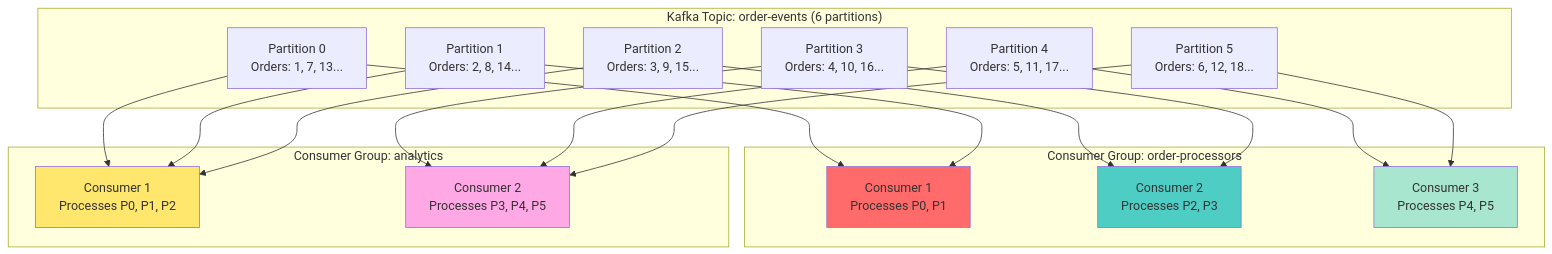
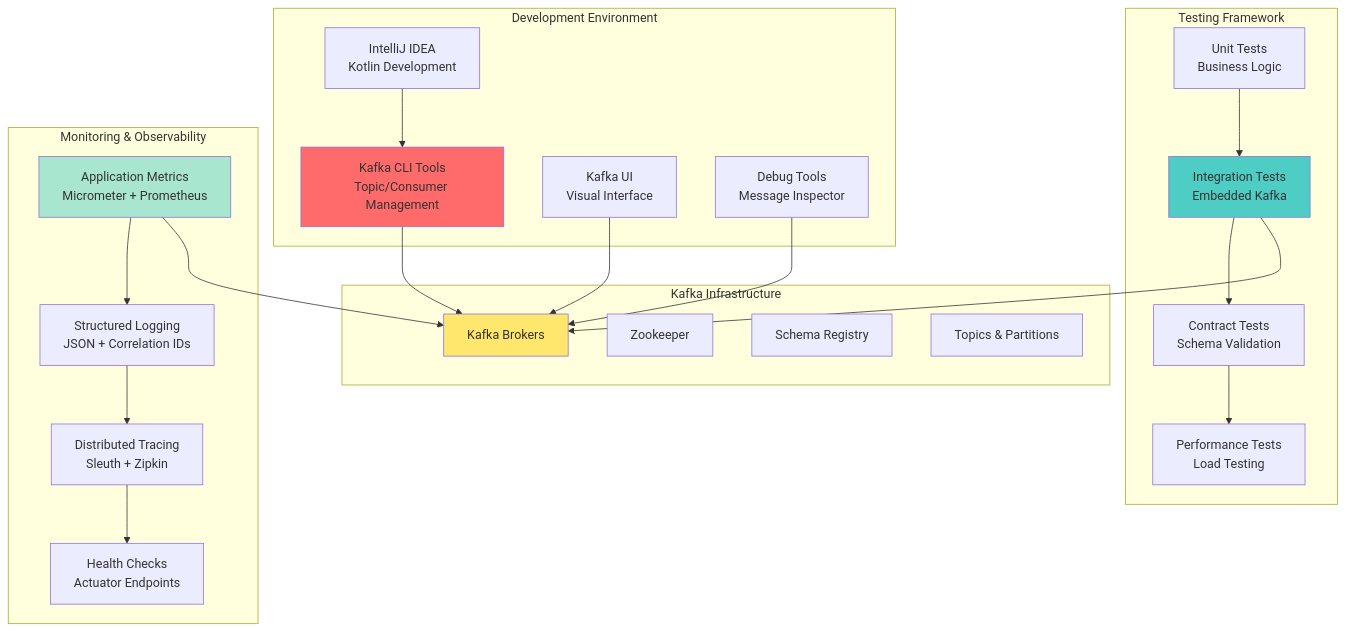
The first of 5 diagrams in class/workshop/lesson_7/README.md (vorrawut/KafkaStarter), drawn with Mermaid before and after one commit. The commit also changed other lines of this file and 204 other files, not shown here.

````diff
--- a/class/workshop/lesson_7/README.md
+++ b/class/workshop/lesson_7/README.md
@@ -24,42 +24,51 @@
 ```mermaid
 graph TB
-    subgraph "Kafka Topic: order-events (6 partitions)"
-        P0[Partition 0<br/>Orders: 1, 7, 13...]
-        P1[Partition 1<br/>Orders: 2, 8, 14...]
-        P2[Partition 2<br/>Orders: 3, 9, 15...]
-        P3[Partition 3<br/>Orders: 4, 10, 16...]
-        P4[Partition 4<br/>Orders: 5, 11, 17...]
-        P5[Partition 5<br/>Orders: 6, 12, 18...]
+    subgraph "Development Environment"
+        IDE[IntelliJ IDEA<br/>Kotlin Development]
+        CLI[Kafka CLI Tools<br/>Topic/Consumer Management]
+        UI[Kafka UI<br/>Visual Interface]
+        DEBUG[Debug Tools<br/>Message Inspector]
     end
     
-    subgraph "Consumer Group: order-processors"
-        C1[Consumer 1<br/>Processes P0, P1]
-        C2[Consumer 2<br/>Processes P2, P3]
-        C3[Consumer 3<br/>Processes P4, P5]
+    subgraph "Testing Framework"
+        UNIT[Unit Tests<br/>Business Logic]
+        INTEGRATION[Integration Tests<br/>Embedded Kafka]
+        CONTRACT[Contract Tests<br/>Schema Validation]
+        PERFORMANCE[Performance Tests<br/>Load Testing]
     end
     
-    subgraph "Consumer Group: analytics"
-        A1[Consumer 1<br/>Processes P0, P1, P2]
-        A2[Consumer 2<br/>Processes P3, P4, P5]
+    subgraph "Monitoring & Observability"
+        METRICS[Application Metrics<br/>Micrometer + Prometheus]
+        LOGS[Structured Logging<br/>JSON + Correlation IDs]
+        TRACES[Distributed Tracing<br/>Sleuth + Zipkin]
+        HEALTH[Health Checks<br/>Actuator Endpoints]
     end
     
-    P0 --> C1
-    P1 --> C1
-    P2 --> C2
-    P3 --> C2
-    P4 --> C3
-    P5 --> C3
+    subgraph "Kafka Infrastructure"
+        BROKER[Kafka Brokers]
+        ZK[Zookeeper]
+        SR[Schema Registry]
+        TOPICS[Topics & Partitions]
+    end
     
-    P0 --> A1
-    P1 --> A1
-    P2 --> A1
-    P3 --> A2
-    P4 --> A2
-    P5 --> A2
+    IDE --> CLI
+    CLI --> BROKER
+    UI --> BROKER
+    DEBUG --> BROKER
     
-    style C1 fill:#ff6b6b
-    style C2 fill:#4ecdc4
-    style C3 fill:#a8e6cf
-    style A1 fill:#ffe66d
-    style A2 fill:#ffa8e6
+    UNIT --> INTEGRATION
+    INTEGRATION --> CONTRACT
+    CONTRACT --> PERFORMANCE
+    
+    METRICS --> LOGS
+    LOGS --> TRACES
+    TRACES --> HEALTH
+    
+    INTEGRATION --> BROKER
+    METRICS --> BROKER
+    
+    style CLI fill:#ff6b6b
+    style INTEGRATION fill:#4ecdc4
+    style METRICS fill:#a8e6cf
+    style BROKER fill:#ffe66d
 ```
````
